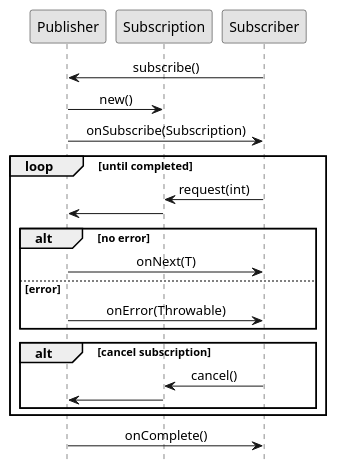
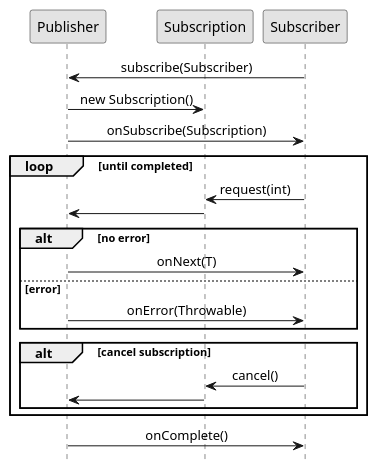
Before and after one commit to ti-cortex-m4/demo-java-reactive-streams-old: the diagram in images/diagram1.puml, drawn with PlantUML.

```diff
--- a/images/diagram1.puml
+++ b/images/diagram1.puml
@@ -1,49 +1,49 @@
 @startuml
 
 'scale 1.1
 'title Reactive Streams
 hide footbox
 skinparam monochrome true
 'skinparam defaultFontName Source Sans Pro
 'skinparam titleFontSize 15
 skinparam sequenceMessageAlign center
 
 'skinparam sequence {
 'ArrowColor black
 'ActorBorderColor black
 'LifeLineBorderColor black
 'LifeLineBackgroundColor black
 '
 'ParticipantBorderColor black
 'ParticipantBackgroundColor white
 'ParticipantFontColor black
 '}
 
 participant Publisher
 participant Subscription
 participant Subscriber
 
-Subscriber -> Publisher : subscribe()
-Publisher -> Subscription : new()
+Subscriber -> Publisher : subscribe(Subscriber)
+Publisher -> Subscription : new Subscription()
 Publisher -> Subscriber : onSubscribe(Subscription)
 
 loop until completed
 Subscriber -> Subscription : request(int)
 Subscription -> Publisher
 
 alt no error
 Publisher -> Subscriber : onNext(T)
 else error
 Publisher -> Subscriber : onError(Throwable)
 end
 
 alt cancel subscription
 Subscriber -> Subscription : cancel()
 Subscription -> Publisher
 end
 
 end
 
 Publisher -> Subscriber : onComplete()
 
 @enduml
```
